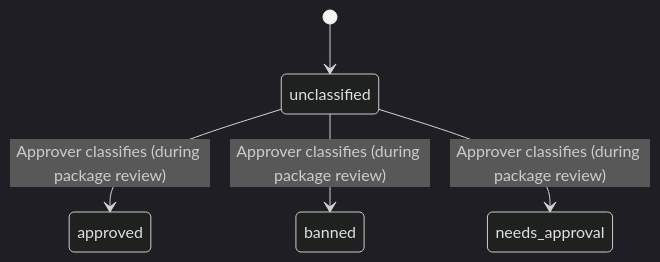
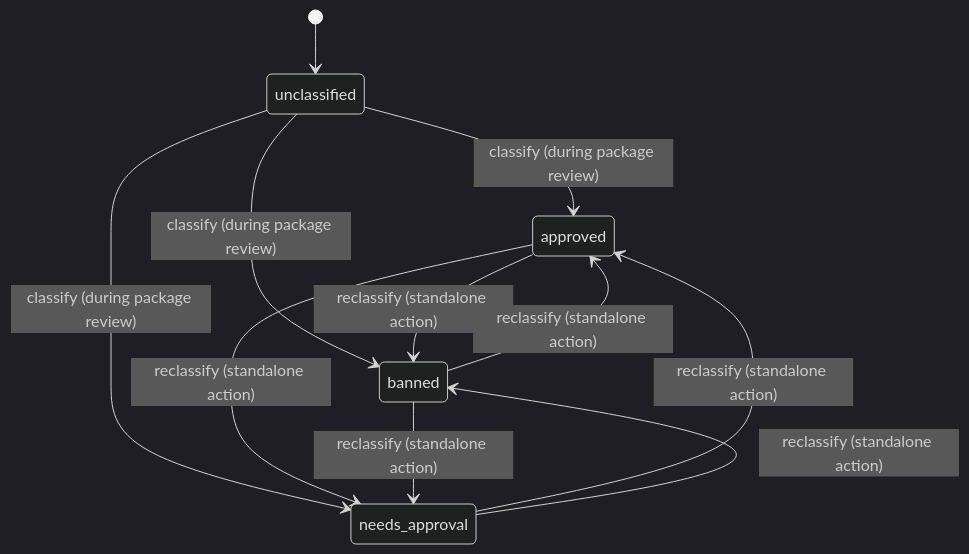
One commit to theboyknowsclass/Airlock changed the fifth of 5 diagrams in docs/spec.md. Above: the diagram before and after it, drawn with Mermaid (dark theme). The commit also changed other lines of this file, not shown here.

First line of the commit message:
Resolve license reclassification: forward-only, notify on banned-affects-watched

````diff
--- a/docs/spec.md
+++ b/docs/spec.md
@@ -280,7 +283,13 @@
 ```mermaid
 stateDiagram-v2
     [*] --> unclassified
-    unclassified --> approved: Approver classifies (during package review)
-    unclassified --> banned: Approver classifies (during package review)
-    unclassified --> needs_approval: Approver classifies (during package review)
+    unclassified --> approved: classify (during package review)
+    unclassified --> banned: classify (during package review)
+    unclassified --> needs_approval: classify (during package review)
+    approved --> banned: reclassify (standalone action)
+    approved --> needs_approval: reclassify (standalone action)
+    banned --> approved: reclassify (standalone action)
+    banned --> needs_approval: reclassify (standalone action)
+    needs_approval --> approved: reclassify (standalone action)
+    needs_approval --> banned: reclassify (standalone action)
 ```
````
